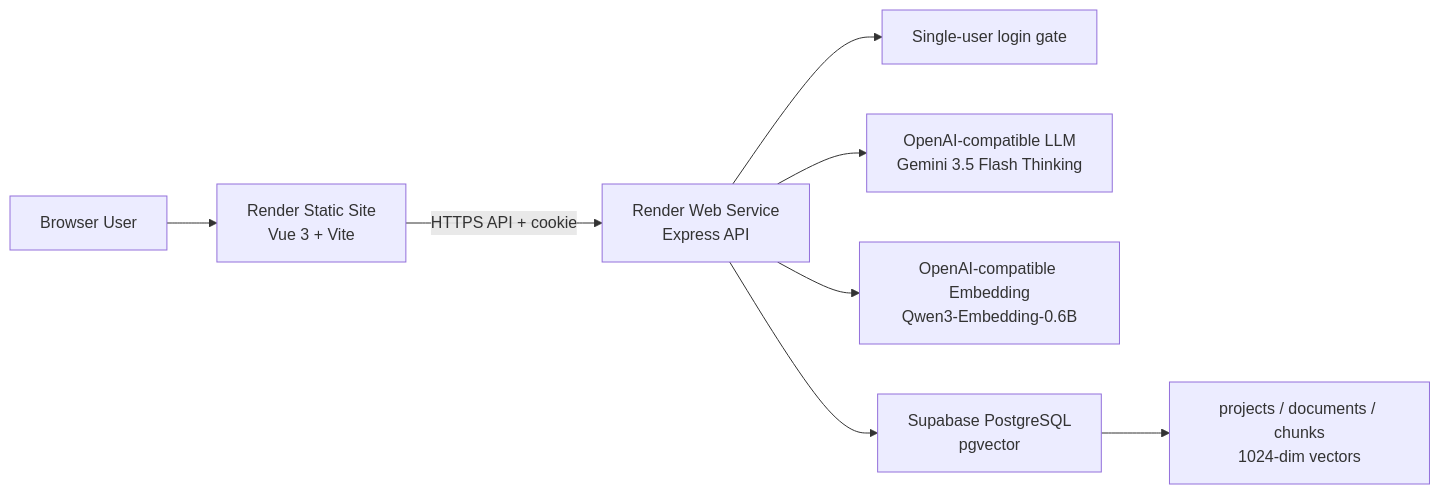
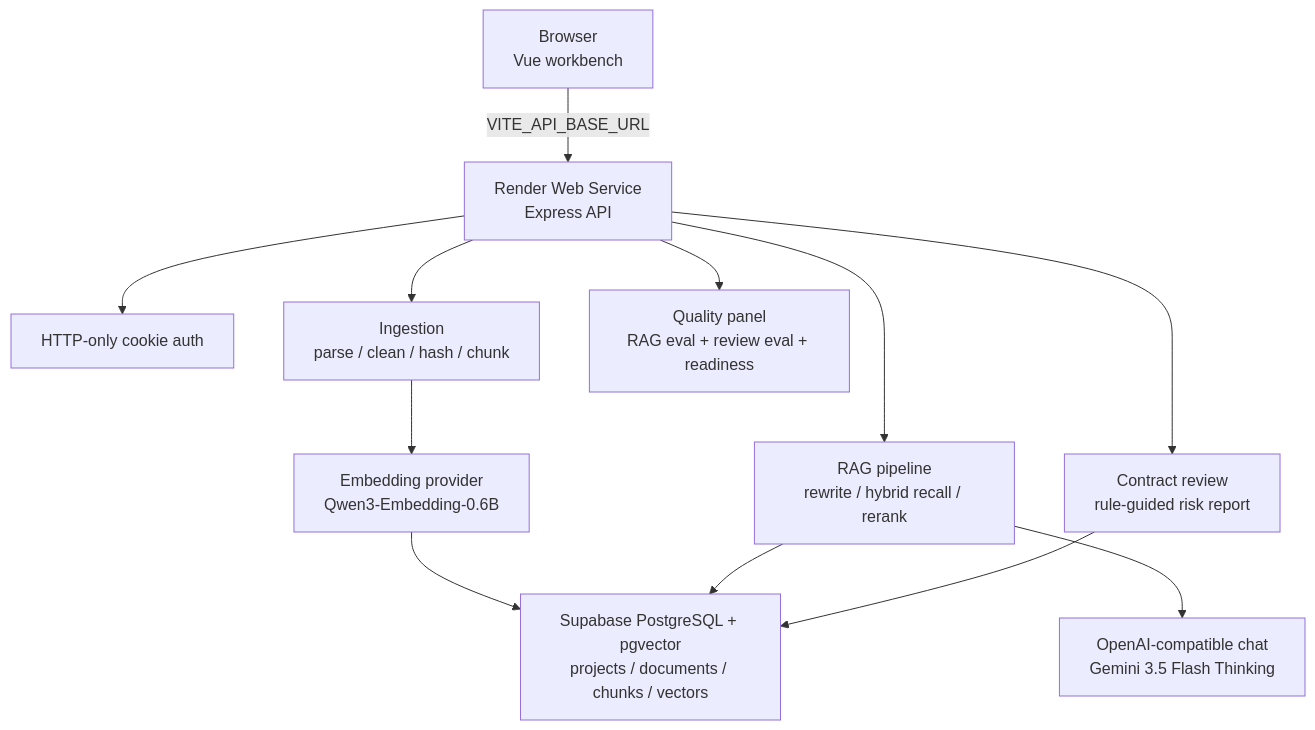
The diagram in README.md (Drew-Z/legal-rag), drawn with Mermaid before and after one commit. The commit also changed other lines of this file and 25 other files, not shown here.

````diff
--- a/README.md
+++ b/README.md
@@ -54,10 +65,14 @@
 ```mermaid
-flowchart LR
-  User["Browser User"] --> Web["Render Static Site\nVue 3 + Vite"]
-  Web -->|HTTPS API + cookie| API["Render Web Service\nExpress API"]
-  API --> Auth["Single-user login gate"]
-  API --> Model["OpenAI-compatible LLM\nGemini 3.5 Flash Thinking"]
-  API --> Embedding["OpenAI-compatible Embedding\nQwen3-Embedding-0.6B"]
-  API --> DB["Supabase PostgreSQL\npgvector"]
-  DB --> Chunks["projects / documents / chunks\n1024-dim vectors"]
+flowchart TB
+  Browser["Browser\nVue workbench"] -->|VITE_API_BASE_URL| API["Render Web Service\nExpress API"]
+  API --> Auth["HTTP-only cookie auth"]
+  API --> Ingest["Ingestion\nparse / clean / hash / chunk"]
+  API --> RAG["RAG pipeline\nrewrite / hybrid recall / rerank"]
+  API --> Review["Contract review\nrule-guided risk report"]
+  Ingest --> Embedding["Embedding provider\nQwen3-Embedding-0.6B"]
+  Embedding --> Store["Supabase PostgreSQL + pgvector\nprojects / documents / chunks / vectors"]
+  RAG --> Store
+  RAG --> LLM["OpenAI-compatible chat\nGemini 3.5 Flash Thinking"]
+  Review --> Store
+  API --> Quality["Quality panel\nRAG eval + review eval + readiness"]
 ```
````
